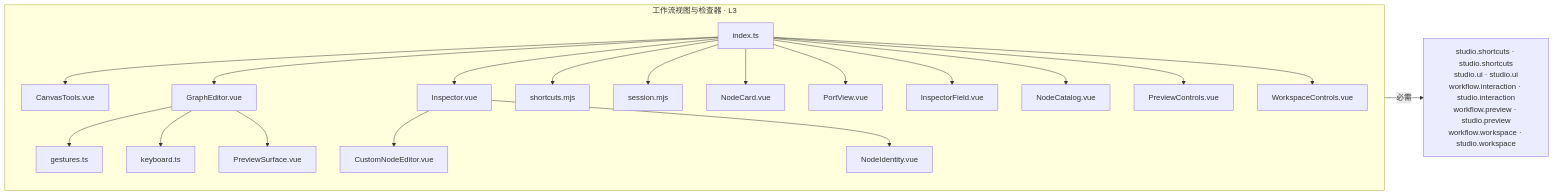
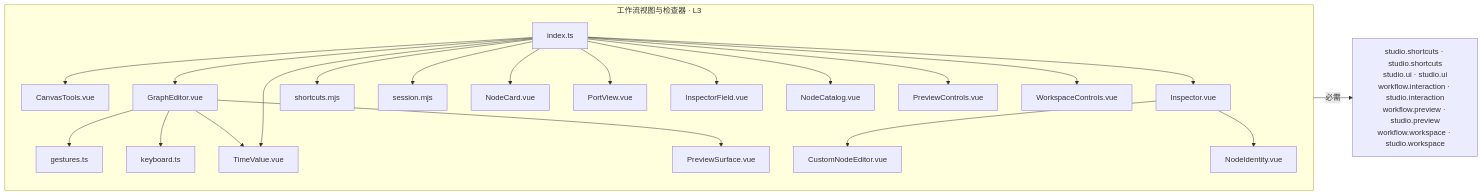
Diagram 30 of 31 in docs/ARCHITECTURE_V1.md (Eb-Ling/MengGodWorkflowStudio), drawn with Mermaid before and after one commit. The commit also changed other lines of this file and 114 other files, not shown here.

````diff
--- a/docs/ARCHITECTURE_V1.md
+++ b/docs/ARCHITECTURE_V1.md
@@ -634,40 +658,43 @@
 ```mermaid
 flowchart LR
   subgraph P["工作流视图与检查器 · L3"]
     F0["CanvasTools.vue"]
     F1["CustomNodeEditor.vue"]
     F2["GraphEditor.vue"]
     F3["Inspector.vue"]
     F4["InspectorField.vue"]
     F5["NodeCard.vue"]
     F6["NodeCatalog.vue"]
     F7["NodeIdentity.vue"]
     F8["PortView.vue"]
     F9["PreviewControls.vue"]
     F10["PreviewSurface.vue"]
-    F11["WorkspaceControls.vue"]
-    F12["gestures.ts"]
-    F13["index.ts"]
-    F14["keyboard.ts"]
-    F15["session.mjs"]
-    F16["shortcuts.mjs"]
-    F2 --> F12
-    F2 --> F14
+    F11["TimeValue.vue"]
+    F12["WorkspaceControls.vue"]
+    F13["gestures.ts"]
+    F14["index.ts"]
+    F15["keyboard.ts"]
+    F16["session.mjs"]
+    F17["shortcuts.mjs"]
+    F2 --> F13
+    F2 --> F15
+    F2 --> F11
     F2 --> F10
     F3 --> F1
     F3 --> F7
-    F13 --> F0
-    F13 --> F16
-    F13 --> F15
-    F13 --> F5
-    F13 --> F8
-    F13 --> F4
-    F13 --> F2
-    F13 --> F3
-    F13 --> F6
-    F13 --> F9
-    F13 --> F11
+    F14 --> F0
+    F14 --> F17
+    F14 --> F16
+    F14 --> F5
+    F14 --> F8
+    F14 --> F4
+    F14 --> F11
+    F14 --> F2
+    F14 --> F3
+    F14 --> F6
+    F14 --> F9
+    F14 --> F12
   end
   R["studio.shortcuts · studio.shortcuts<br/>studio.ui · studio.ui<br/>workflow.interaction · studio.interaction<br/>workflow.preview · studio.preview<br/>workflow.workspace · studio.workspace"]
   P -->|必需| R
 ```
````
